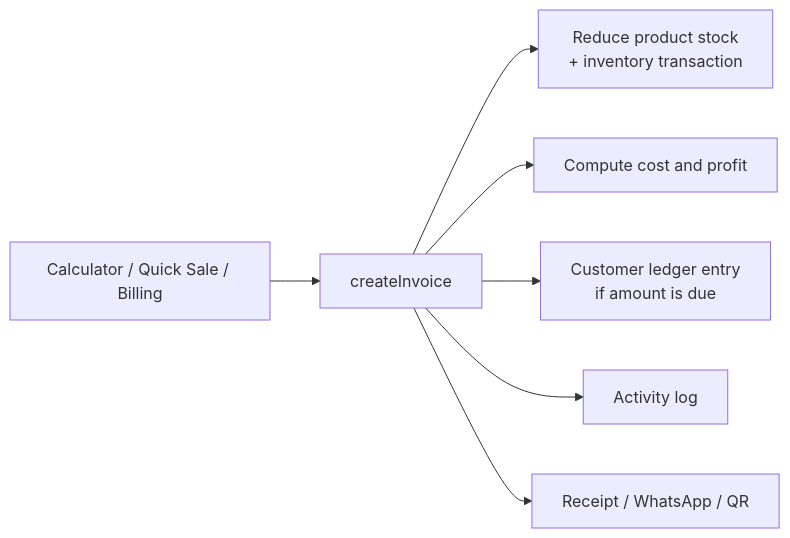
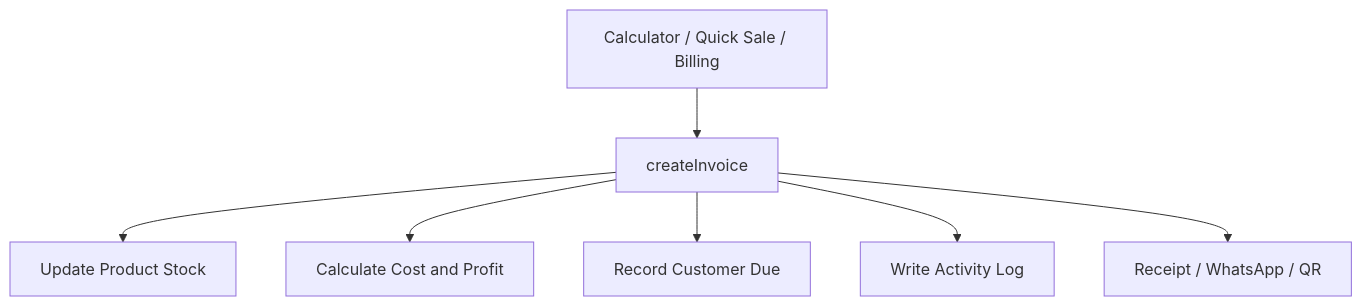
Before and after one commit to youzaahsan/SmartBizPOS-Pro-System: the second of 2 diagrams in README.md, drawn with Mermaid. The commit also changed other lines of this file, not shown here.

````diff
--- a/README.md
+++ b/README.md
@@ -123,9 +286,9 @@
 ```mermaid
-flowchart LR
+flowchart TD
     A["Calculator / Quick Sale / Billing"] --> B["createInvoice"]
-    B --> C["Reduce product stock<br/>+ inventory transaction"]
-    B --> D["Compute cost and profit"]
-    B --> E["Customer ledger entry<br/>if amount is due"]
-    B --> F["Activity log"]
+    B --> C["Update Product Stock"]
+    B --> D["Calculate Cost and Profit"]
+    B --> E["Record Customer Due"]
+    B --> F["Write Activity Log"]
     B --> G["Receipt / WhatsApp / QR"]
 ```
````
